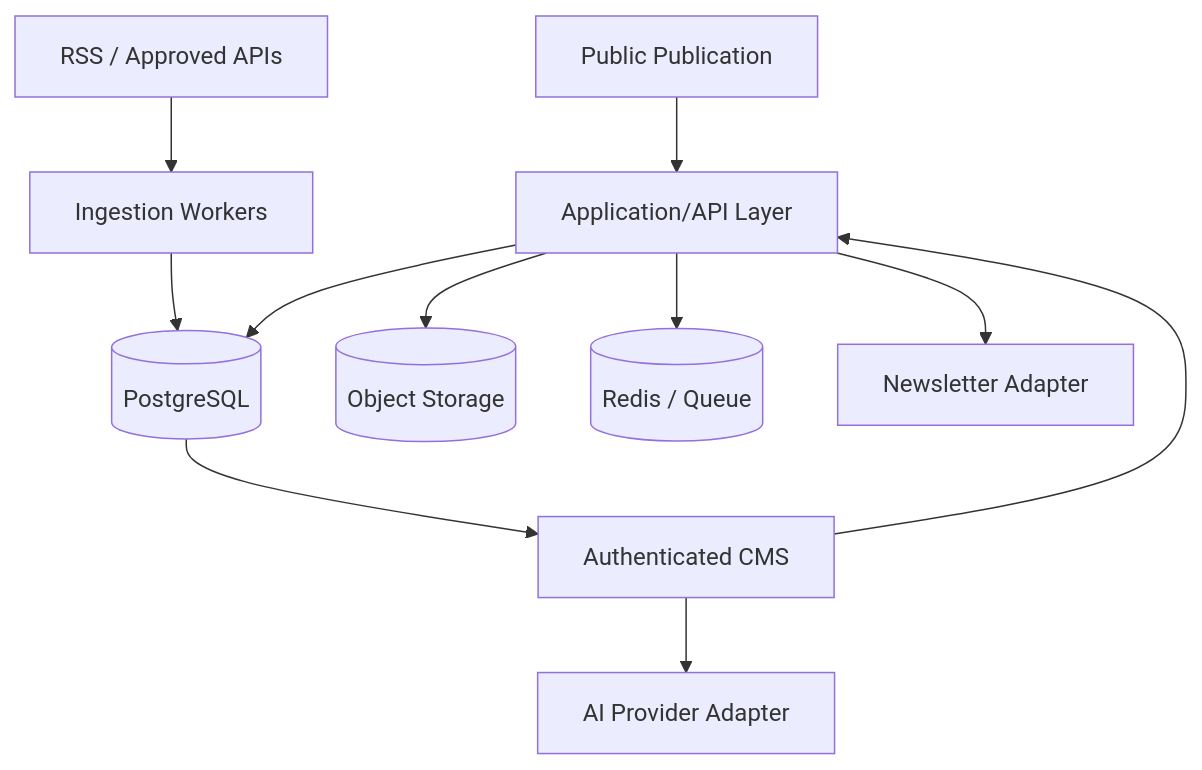
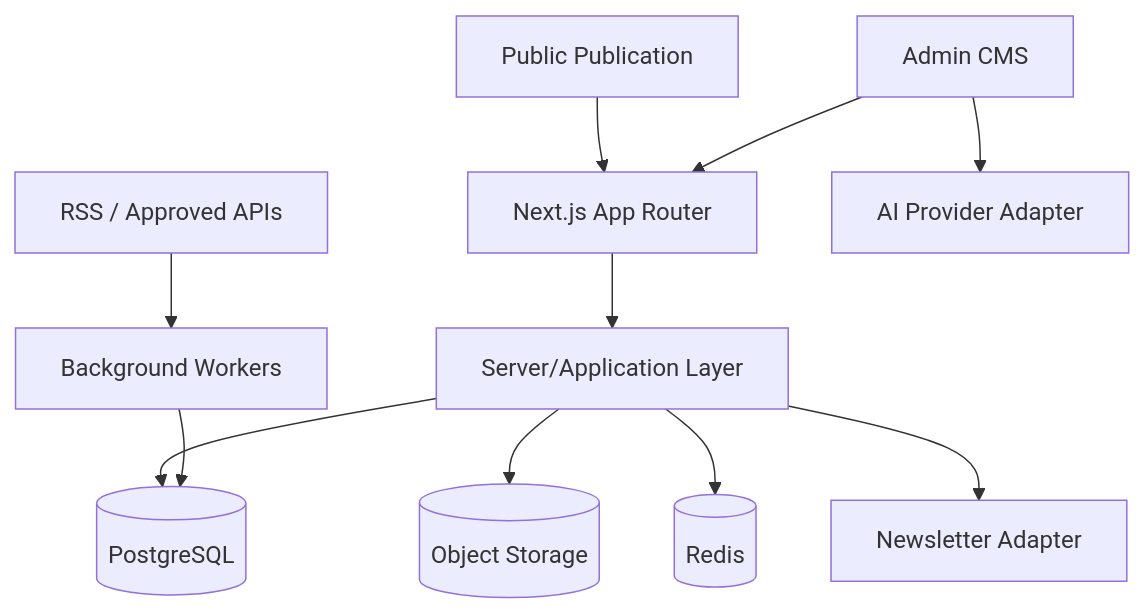
One commit to YounasKhan2/living-journal changed the second of 2 diagrams in README.md. Above: the diagram before and after it, drawn with Mermaid. The commit also changed other lines of this file, not shown here.

Commit message:
docs: update README for accepted Phase 0 architecture

````diff
--- a/README.md
+++ b/README.md
@@ -211,13 +113,13 @@
 ```mermaid
 flowchart TB
-  Public[Public Publication] --> App[Application/API Layer]
-  CMS[Authenticated CMS] --> App
-  App --> DB[(PostgreSQL)]
-  App --> Storage[(Object Storage)]
-  App --> Redis[(Redis / Queue)]
-  Sources[RSS / Approved APIs] --> Workers[Ingestion Workers]
+  Public[Public Publication] --> Next[Next.js App Router]
+  CMS[Admin CMS] --> Next
+  Next --> Server[Server/Application Layer]
+  Server --> DB[(PostgreSQL)]
+  Server --> Storage[(Object Storage)]
+  Server --> Redis[(Redis)]
+  Sources[RSS / Approved APIs] --> Workers[Background Workers]
   Workers --> DB
-  DB --> CMS
   CMS --> AI[AI Provider Adapter]
-  App --> Email[Newsletter Adapter]
+  Server --> Email[Newsletter Adapter]
 ```
````
